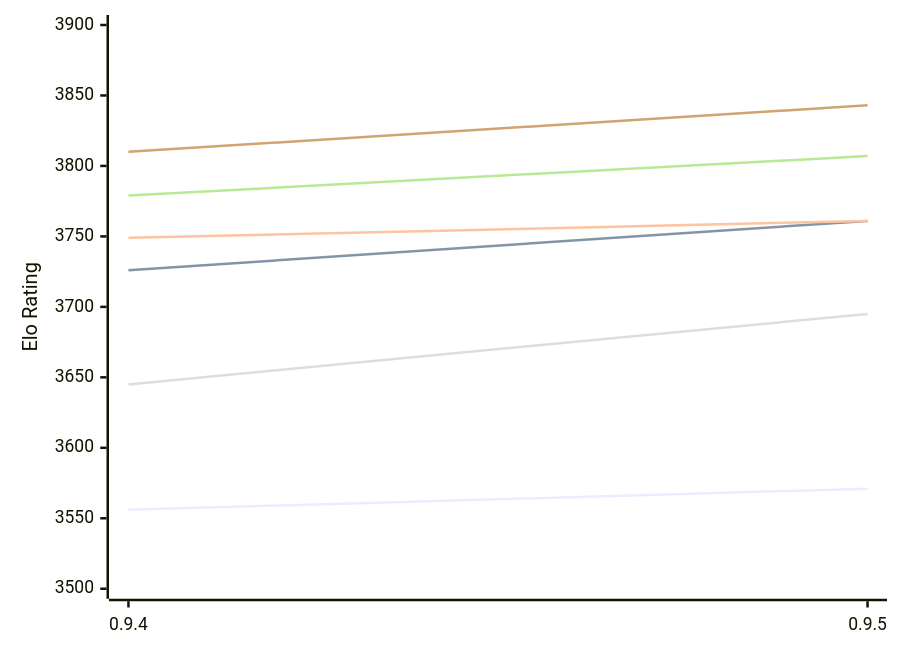
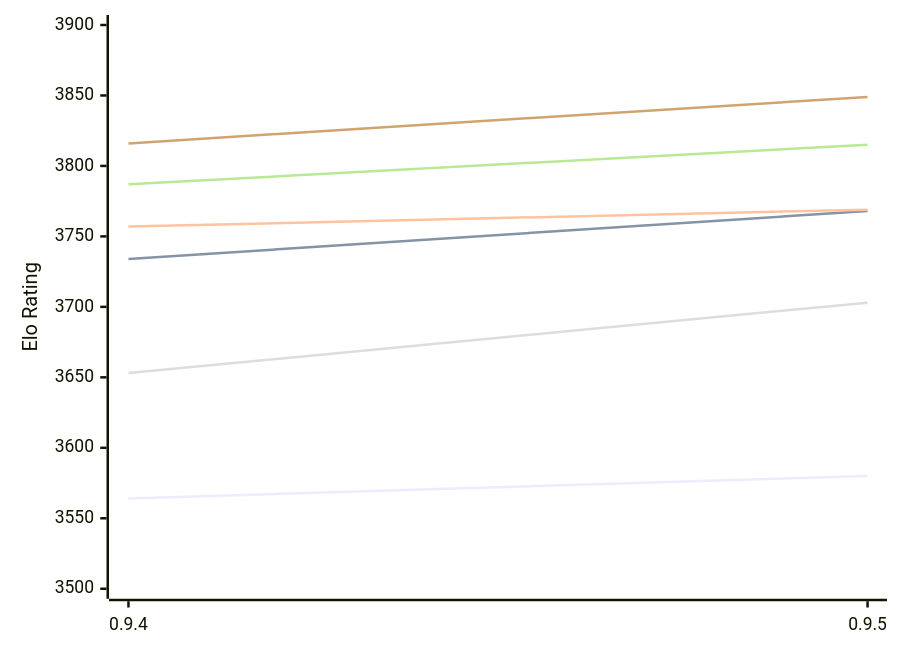
One commit to computer-chess-index/cci changed the first of 2 diagrams in engines/Coda.md. Above: the diagram before and after it, drawn with Mermaid. The commit also changed other lines of this file, not shown here.

Commit message:
Update CCI Ratings (ELO VLTC) - 2026-11-03

````diff
--- a/engines/Coda.md
+++ b/engines/Coda.md
@@ -52,12 +52,12 @@
 ```mermaid
 %%{init: {"theme":"base","themeVariables":{"seriesColors:['#a3a3a3','#222221','#faa371']}}}%%
 xychart-beta
   x-axis ["0.9.4", "0.9.5"]
   y-axis "Elo Rating" 3500 --> 3900
-  line "E1: STC (8.0+0.08s)" [3556, 3571]
-  line "E1: LTC (60.0+0.60s)" [3726, 3761]
-  line "E1: VLTC (2m24s+1.12s)" [3749, 3761]
-  line "P1: STC (8.0+0.08s)" [3645, 3695]
-  line "P1: LTC (60.0+0.60s)" [3779, 3807]
-  line "P1: VLTC (2m24s+1.12s)" [3810, 3843]
+  line "E1: STC (8.0+0.08s)" [3564, 3580]
+  line "E1: LTC (60.0+0.60s)" [3734, 3768]
+  line "E1: VLTC (2m24s+1.12s)" [3757, 3769]
+  line "P1: STC (8.0+0.08s)" [3653, 3703]
+  line "P1: LTC (60.0+0.60s)" [3787, 3815]
+  line "P1: VLTC (2m24s+1.12s)" [3816, 3849]
 ```
````
